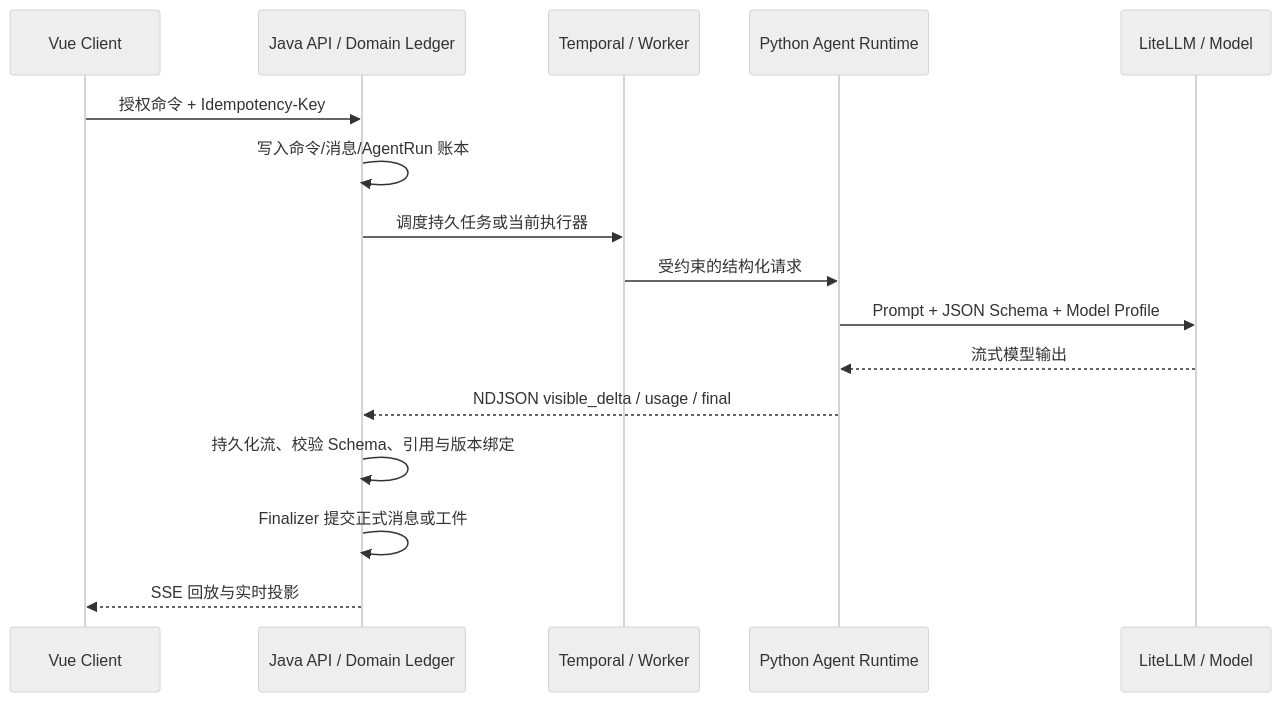
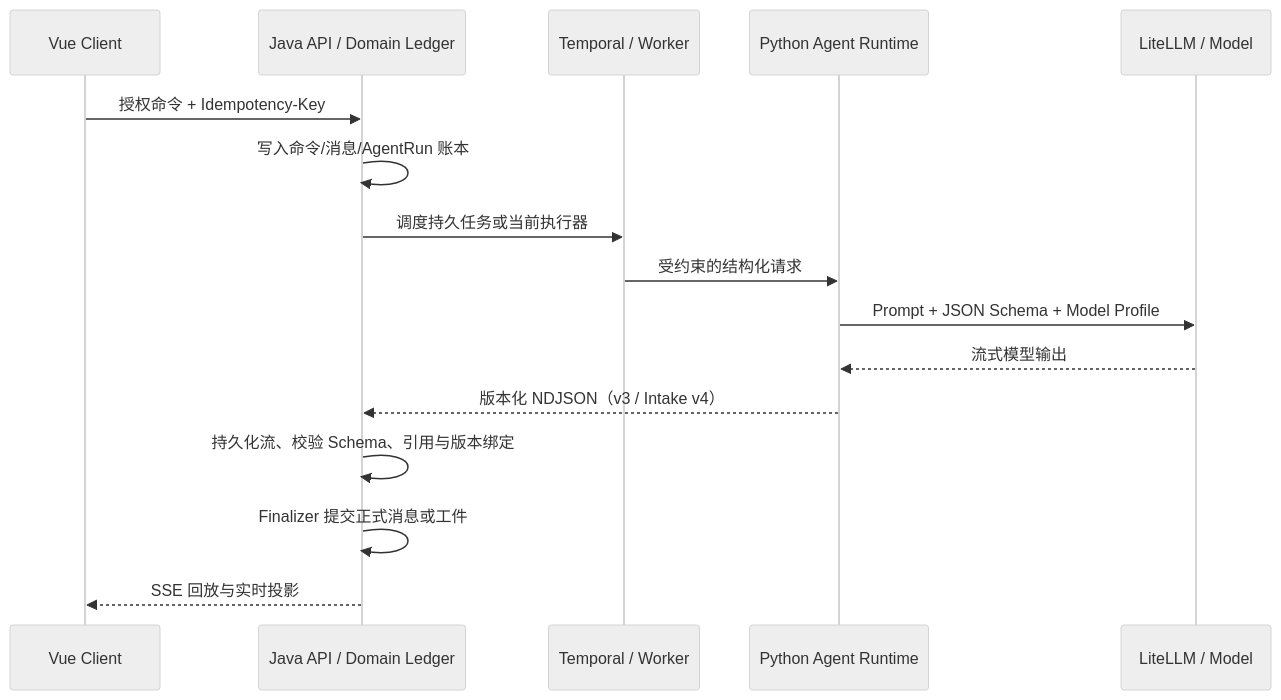
The second of 2 diagrams in README.md (Jupiter363/AfterSaleFlow-Agent), drawn with Mermaid (neutral theme) before and after one commit. The commit also changed other lines of this file, not shown here.

````diff
--- a/README.md
+++ b/README.md
@@ -176,19 +190,19 @@
 ```mermaid
 sequenceDiagram
     participant UI as Vue Client
     participant J as Java API / Domain Ledger
     participant T as Temporal / Worker
     participant P as Python Agent Runtime
     participant L as LiteLLM / Model
 
     UI->>J: 授权命令 + Idempotency-Key
     J->>J: 写入命令/消息/AgentRun 账本
     J->>T: 调度持久任务或当前执行器
     T->>P: 受约束的结构化请求
     P->>L: Prompt + JSON Schema + Model Profile
     L-->>P: 流式模型输出
-    P-->>J: NDJSON visible_delta / usage / final
+    P-->>J: 版本化 NDJSON（v3 / Intake v4）
     J->>J: 持久化流、校验 Schema、引用与版本绑定
     J->>J: Finalizer 提交正式消息或工件
     J-->>UI: SSE 回放与实时投影
 ```
````
